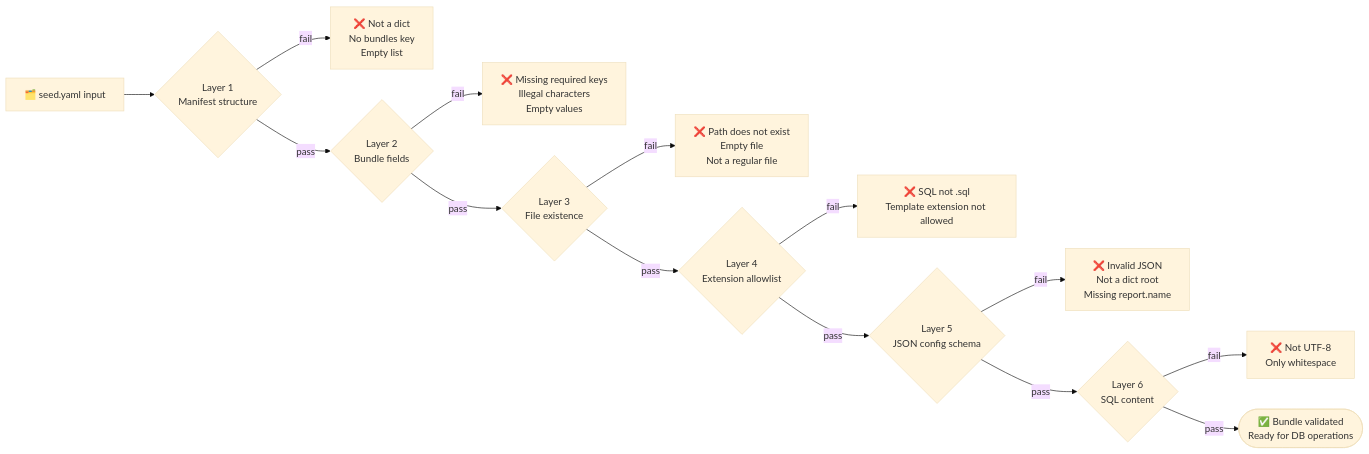
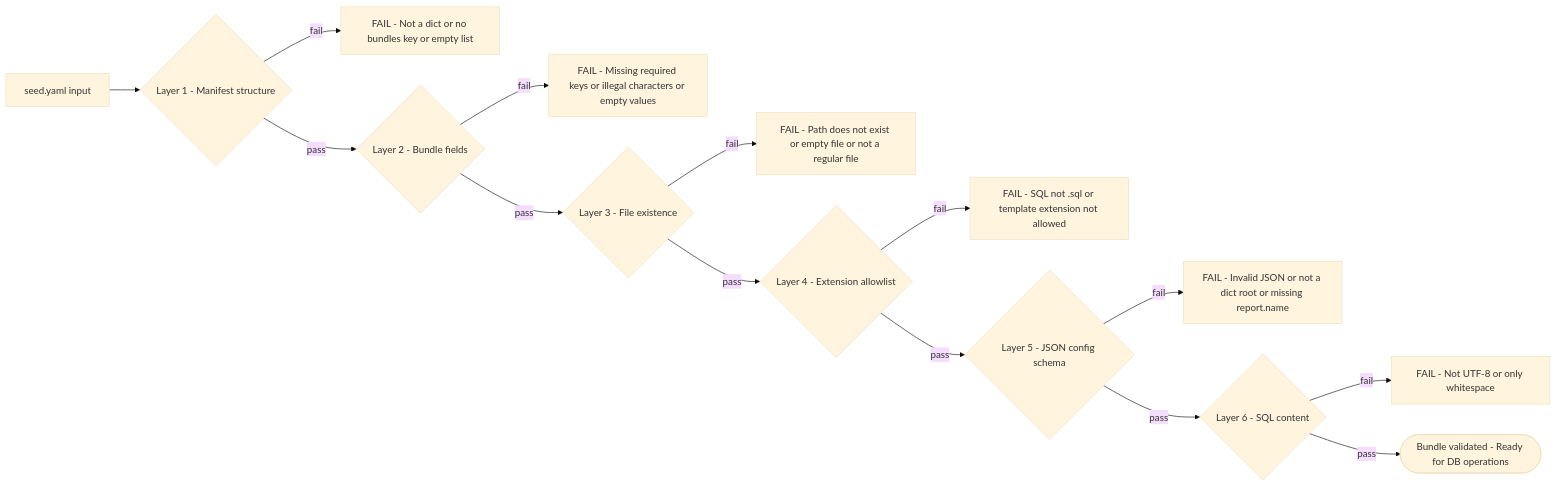
Before and after one commit to uktentu/mongo_file_manager: the ninth of 10 diagrams in DIAGRAMS.md, drawn with Mermaid (base theme). The commit also changed other lines of this file, not shown here.

First line of the commit message:
fix: remove all backslash-n from Mermaid node labels in DIAGRAMS.md

````diff
--- a/DIAGRAMS.md
+++ b/DIAGRAMS.md
@@ -336,38 +330,38 @@
 ```mermaid
 flowchart LR
-    IN["🗂️ seed.yaml input"]
+    IN["seed.yaml input"]
 
-    L1{"Layer 1\nManifest structure"}
-    L1E["❌ Not a dict\nNo bundles key\nEmpty list"]
+    L1{"Layer 1 - Manifest structure"}
+    L1E["FAIL - Not a dict or no bundles key or empty list"]
 
-    L2{"Layer 2\nBundle fields"}
-    L2E["❌ Missing required keys\nIllegal characters\nEmpty values"]
+    L2{"Layer 2 - Bundle fields"}
+    L2E["FAIL - Missing required keys or illegal characters or empty values"]
 
-    L3{"Layer 3\nFile existence"}
-    L3E["❌ Path does not exist\nEmpty file\nNot a regular file"]
+    L3{"Layer 3 - File existence"}
+    L3E["FAIL - Path does not exist or empty file or not a regular file"]
 
-    L4{"Layer 4\nExtension allowlist"}
-    L4E["❌ SQL not .sql\nTemplate extension not allowed"]
+    L4{"Layer 4 - Extension allowlist"}
+    L4E["FAIL - SQL not .sql or template extension not allowed"]
 
-    L5{"Layer 5\nJSON config schema"}
-    L5E["❌ Invalid JSON\nNot a dict root\nMissing report.name"]
+    L5{"Layer 5 - JSON config schema"}
+    L5E["FAIL - Invalid JSON or not a dict root or missing report.name"]
 
-    L6{"Layer 6\nSQL content"}
-    L6E["❌ Not UTF-8\nOnly whitespace"]
+    L6{"Layer 6 - SQL content"}
+    L6E["FAIL - Not UTF-8 or only whitespace"]
 
-    OK(["✅ Bundle validated\nReady for DB operations"])
+    OK(["Bundle validated - Ready for DB operations"])
 
     IN --> L1
     L1 -- fail --> L1E
     L1 -- pass --> L2
     L2 -- fail --> L2E
     L2 -- pass --> L3
     L3 -- fail --> L3E
     L3 -- pass --> L4
     L4 -- fail --> L4E
     L4 -- pass --> L5
     L5 -- fail --> L5E
     L5 -- pass --> L6
     L6 -- fail --> L6E
     L6 -- pass --> OK
 ```
````
